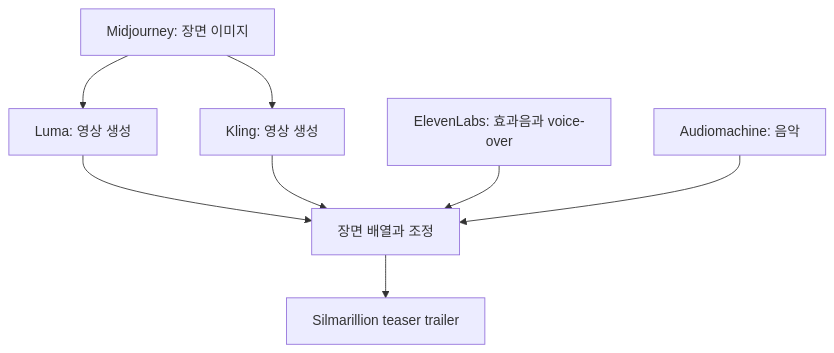
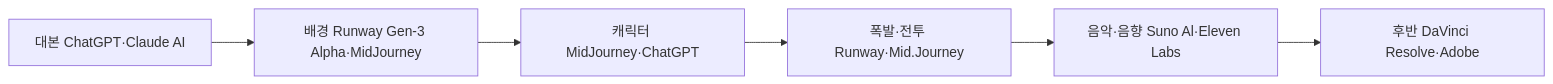
Before and after one commit to umyunsang/edu: the second of 2 diagrams in ComputerScience/03_ai-ml-data/generative-ai-fine-tuning/notes/15. 멀티모달 생성 워크플로.md, drawn with Mermaid. The commit also changed other lines of this file, not shown here.

````diff
--- a/ComputerScience/03_ai-ml-data/generative-ai-fine-tuning/notes/15. 멀티모달 생성 워크플로.md
+++ b/ComputerScience/03_ai-ml-data/generative-ai-fine-tuning/notes/15. 멀티모달 생성 워크플로.md
@@ -113,10 +89,8 @@
 ```mermaid
-flowchart TD
-    A["Midjourney: 장면 이미지"] --> B["Luma: 영상 생성"]
-    A --> C["Kling: 영상 생성"]
-    B --> D["장면 배열과 조정"]
-    C --> D
-    E["ElevenLabs: 효과음과 voice-over"] --> D
-    F["Audiomachine: 음악"] --> D
-    D --> G["Silmarillion teaser trailer"]
+flowchart LR
+    A["대본 ChatGPT·Claude AI"] --> B["배경 Runway Gen-3 Alpha·MidJourney"]
+    B --> C["캐릭터 MidJourney·ChatGPT"]
+    C --> D["폭발·전투 Runway·Mid.Journey"]
+    D --> E["음악·음향 Suno Al·Eleven Labs"]
+    E --> F["후반 DaVinci Resolve·Adobe"]
 ```
````
